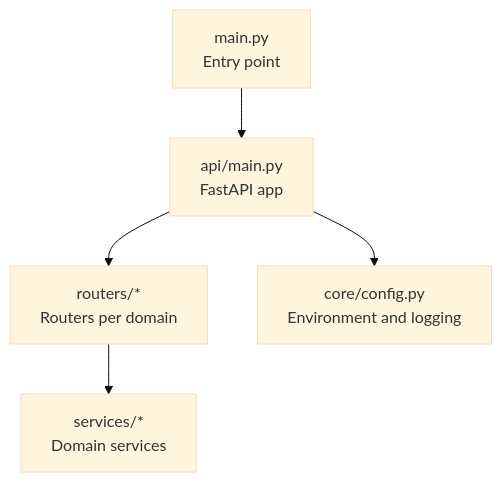
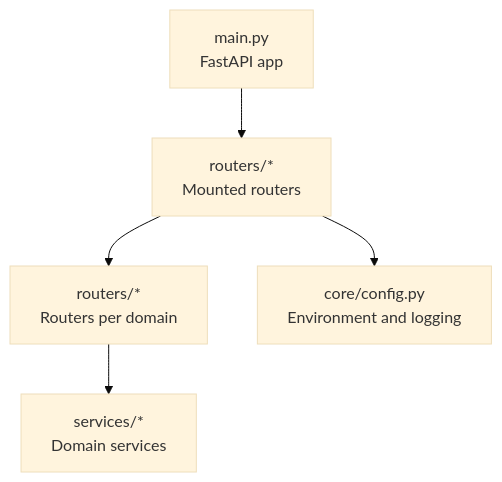
The first of 6 diagrams in src/data/docs/agentic-browser/API Server/Authentication and Security.md (tashifkhan/tashif.codes), drawn with Mermaid (base theme) before and after one commit. The commit also changed other lines of this file and 2128 other files, not shown here.

First line of the commit message:
docs: replace raster diagram images with native Mermaid across project guides

````diff
--- a/src/data/docs/agentic-browser/API Server/Authentication and Security.md
+++ b/src/data/docs/agentic-browser/API Server/Authentication and Security.md
@@ -9,7 +9,7 @@
 ```mermaid
 graph TB
-A_main["main.py<br/>Entry point"] --> B_api_run["api/main.py<br/>FastAPI app"]
+A_main["main.py<br/>FastAPI app"] --> B_api_run["routers/*<br/>Mounted routers"]
 B_api_run --> C_routers["routers/*<br/>Routers per domain"]
 C_routers --> D_services["services/*<br/>Domain services"]
 B_api_run --> E_config["core/config.py<br/>Environment and logging"]
 ```
````
